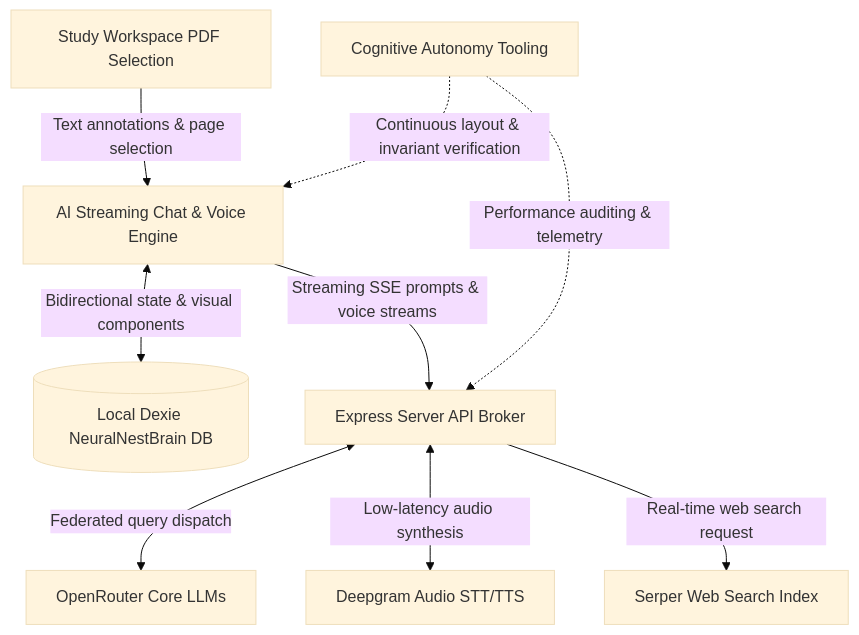
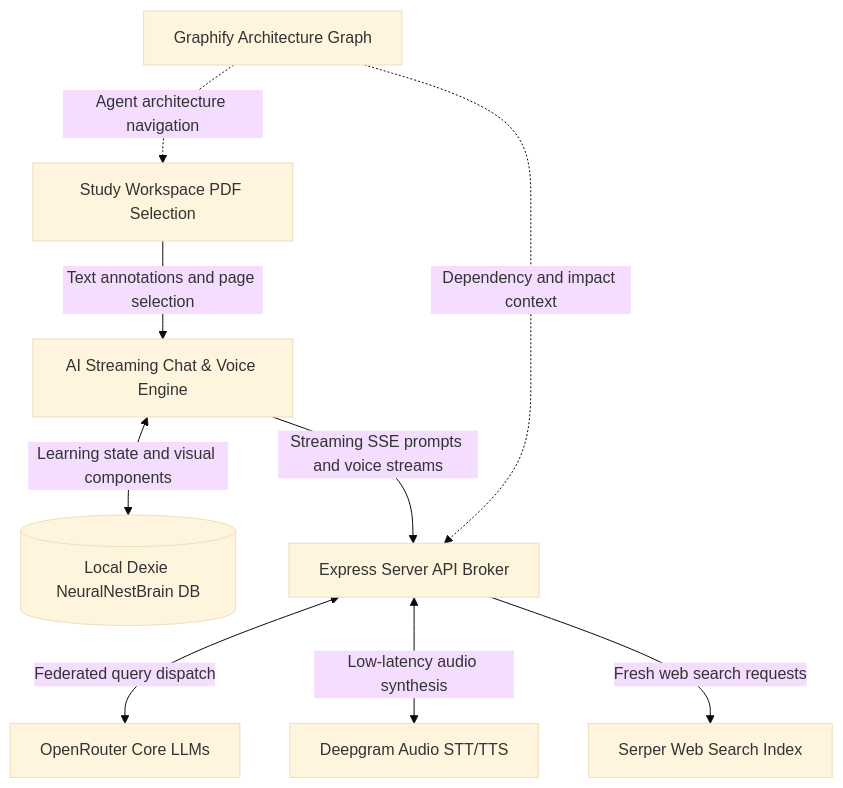
One commit to MohamedFuad16/Tutor-System changed the diagram in README.md. Above: the diagram before and after it, drawn with Mermaid (base theme). The commit also changed other lines of this file and 140 other files, not shown here.

Commit message:
chore: replace architecture brain with graphify

````diff
--- a/README.md
+++ b/README.md
@@ -110,26 +107,20 @@
 ```mermaid
 graph TD
-    %% Nodes
     A[Study Workspace PDF Selection]
     B[AI Streaming Chat & Voice Engine]
     C[Express Server API Broker]
     D[(Local Dexie NeuralNestBrain DB)]
-
     E[OpenRouter Core LLMs]
     F[Deepgram Audio STT/TTS]
     G[Serper Web Search Index]
+    H[Graphify Architecture Graph]
 
-    H[Cognitive Autonomy Tooling]
-
-    %% Layout / Flow
-    A -->|Text annotations & page selection| B
-    B <-->|Bidirectional state & visual components| D
-    B -->|Streaming SSE prompts & voice streams| C
-
+    A -->|Text annotations and page selection| B
+    B <-->|Learning state and visual components| D
+    B -->|Streaming SSE prompts and voice streams| C
     C <-->|Federated query dispatch| E
     C <-->|Low-latency audio synthesis| F
-    C -->|Real-time web search request| G
-
-    H -.->|Continuous layout & invariant verification| B
-    H -.->|Performance auditing & telemetry| C
+    C -->|Fresh web search requests| G
+    H -.->|Agent architecture navigation| A
+    H -.->|Dependency and impact context| C
 ```
````
